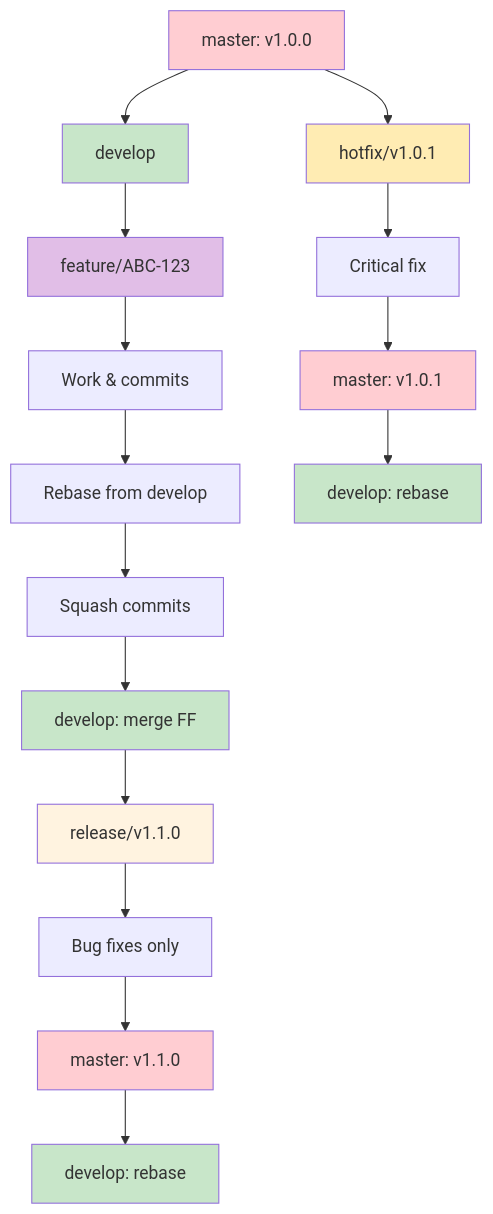
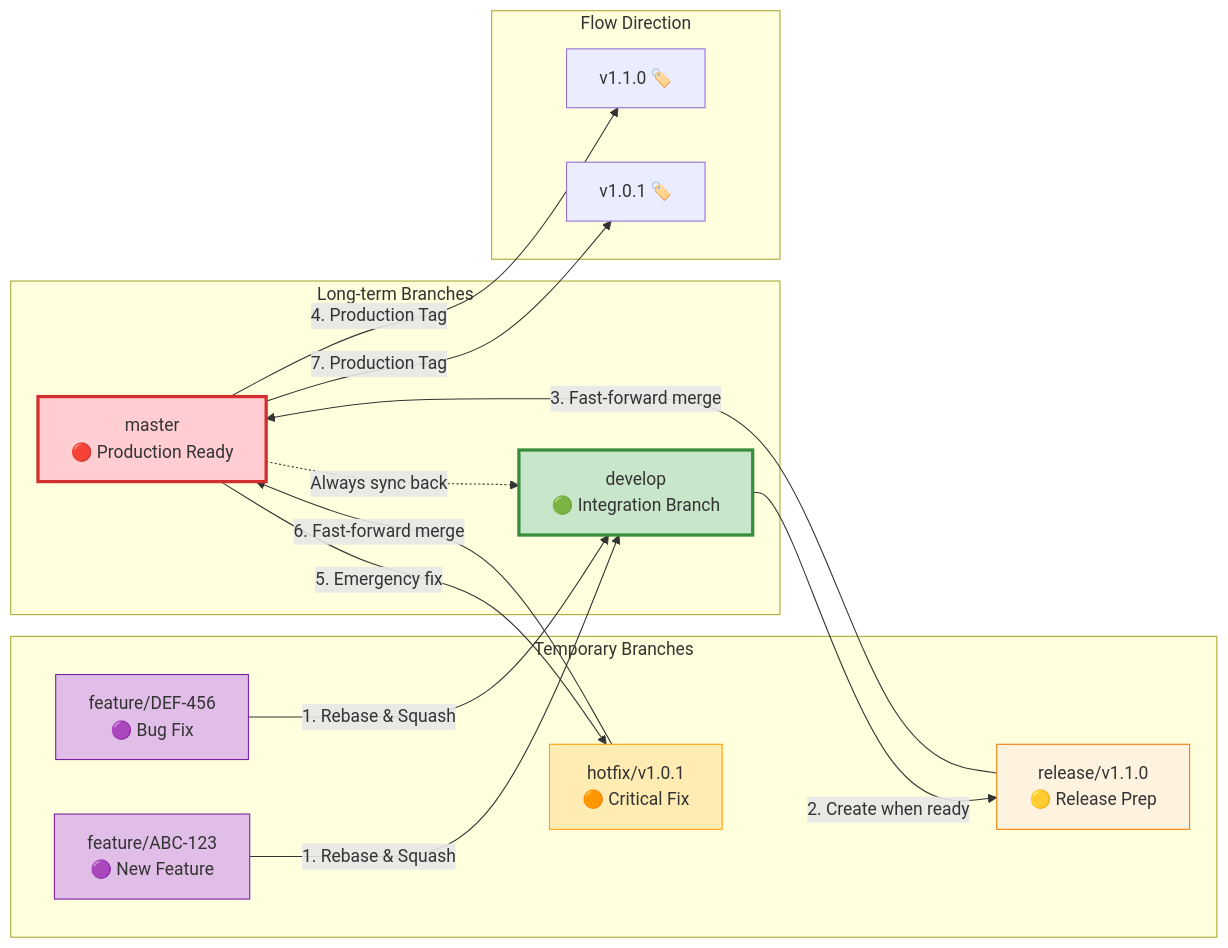
Before and after one commit to AnarManafov/GitWorkflow: the second of 3 diagrams in README.md, drawn with Mermaid. The commit also changed other lines of this file, not shown here.

First line of the commit message:
docs: Update workflow diagram and team roles section

````diff
--- a/README.md
+++ b/README.md
@@ -120,30 +204,33 @@
 ```mermaid
-graph TD
-    M1[master: v1.0.0] --> D1[develop]
-    D1 --> F1[feature/ABC-123]
-    F1 --> F2[Work & commits]
-    F2 --> F3[Rebase from develop]
-    F3 --> F4[Squash commits]
-    F4 --> D2[develop: merge FF]
+graph LR
+    subgraph "Long-term Branches"
+        M[master<br/>🔴 Production Ready]
+        D[develop<br/>🟢 Integration Branch]
+    end
     
-    D2 --> R1[release/v1.1.0]
-    R1 --> R2[Bug fixes only]
-    R2 --> M2[master: v1.1.0]
-    M2 --> D3[develop: rebase]
+    subgraph "Temporary Branches"
+        F1[feature/ABC-123<br/>🟣 New Feature]
+        F2[feature/DEF-456<br/>🟣 Bug Fix]
+        R[release/v1.1.0<br/>🟡 Release Prep]
+        H[hotfix/v1.0.1<br/>🟠 Critical Fix]
+    end
     
-    M1 --> H1[hotfix/v1.0.1]
-    H1 --> H2[Critical fix]
-    H2 --> M3[master: v1.0.1]
-    M3 --> D4[develop: rebase]
+    subgraph "Flow Direction"
+        F1 -->|1. Rebase & Squash| D
+        F2 -->|1. Rebase & Squash| D
+        D -->|2. Create when ready| R
+        R -->|3. Fast-forward merge| M
+        M -->|4. Production Tag| TAG1[v1.1.0 🏷️]
+        M -->|5. Emergency fix| H
+        H -->|6. Fast-forward merge| M
+        M -->|7. Production Tag| TAG2[v1.0.1 🏷️]
+        M -.->|Always sync back| D
+    end
     
-    style M1 fill:#ffcdd2
-    style M2 fill:#ffcdd2
-    style M3 fill:#ffcdd2
-    style D1 fill:#c8e6c9
-    style D2 fill:#c8e6c9
-    style D3 fill:#c8e6c9
-    style D4 fill:#c8e6c9
-    style F1 fill:#e1bee7
-    style R1 fill:#fff3e0
-    style H1 fill:#ffecb3
+    style M fill:#ffcdd2,stroke:#d32f2f,stroke-width:3px
+    style D fill:#c8e6c9,stroke:#388e3c,stroke-width:3px
+    style F1 fill:#e1bee7,stroke:#7b1fa2
+    style F2 fill:#e1bee7,stroke:#7b1fa2
+    style R fill:#fff3e0,stroke:#f57c00
+    style H fill:#ffecb3,stroke:#ffa000
 ```
````
